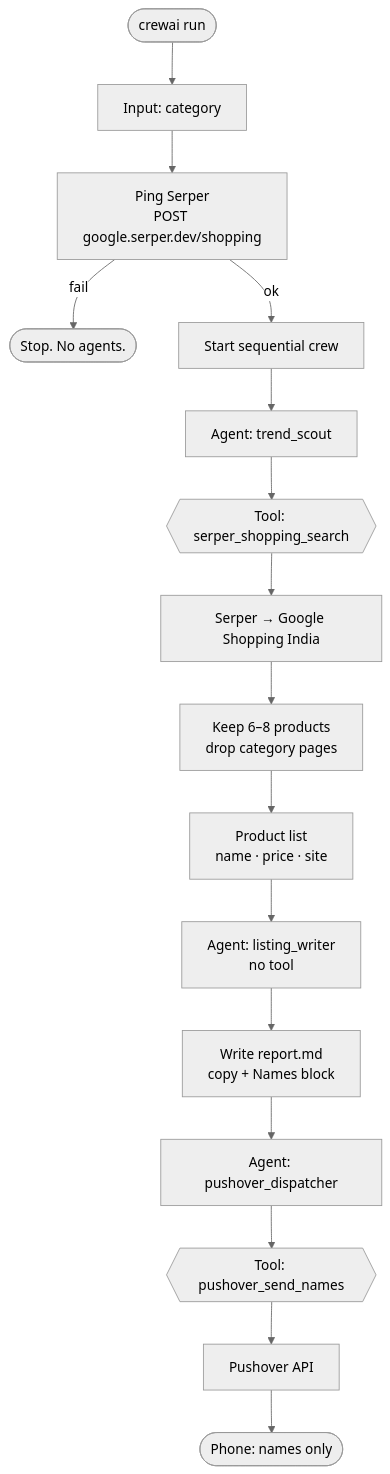
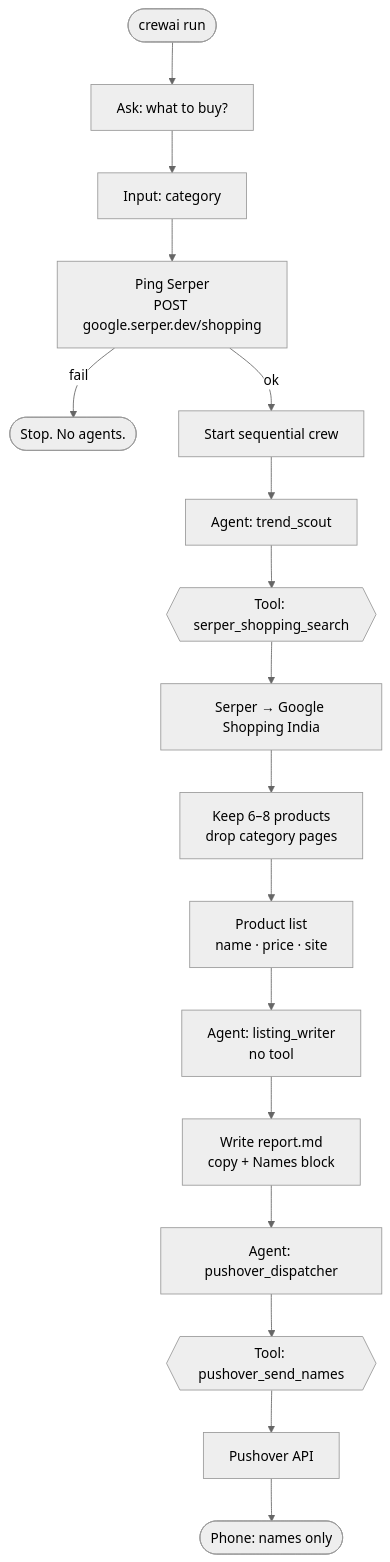
One commit to Mayankgupta1754/shoppiomart_recommender changed the diagram in README.md. Above: the diagram before and after it, drawn with Mermaid (neutral theme). The commit also changed other lines of this file and 2 other files, not shown here.

````diff
--- a/README.md
+++ b/README.md
@@ -17,21 +17,22 @@
 ```mermaid
 flowchart TB
-    START([crewai run]) --> IN[Input: category]
+    START([crewai run]) --> ASK[Ask: what to buy?]
+    ASK --> IN[Input: category]
     IN --> CHECK[Ping Serper<br/>POST google.serper.dev/shopping]
     CHECK -->|fail| STOP([Stop. No agents.])
     CHECK -->|ok| KICK[Start sequential crew]
 
     KICK --> SCOUT[Agent: trend_scout]
     SCOUT --> T1{{Tool: serper_shopping_search}}
     T1 --> API1[Serper → Google Shopping India]
     API1 --> PICK[Keep 6–8 products<br/>drop category pages]
     PICK --> LIST[Product list<br/>name · price · site]
 
     LIST --> WRITER[Agent: listing_writer<br/>no tool]
     WRITER --> MD[Write report.md<br/>copy + Names block]
 
     MD --> DISP[Agent: pushover_dispatcher]
     DISP --> T2{{Tool: pushover_send_names}}
     T2 --> API2[Pushover API]
     API2 --> PHONE([Phone: names only])
 ```
````
